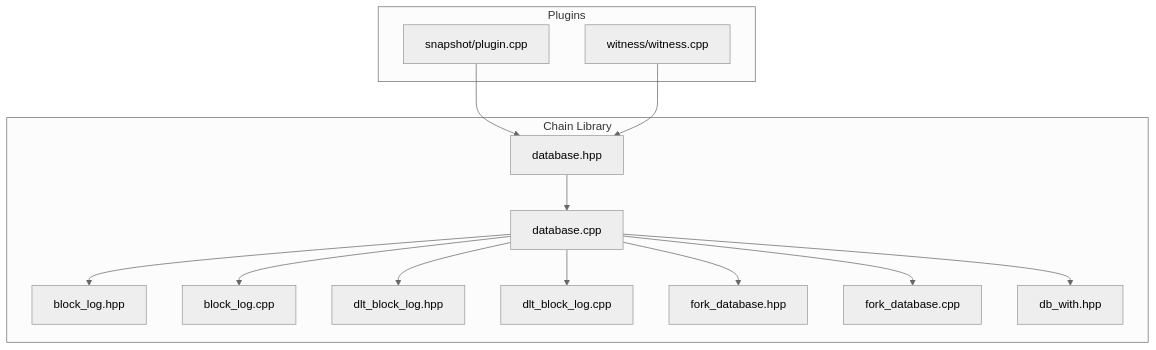
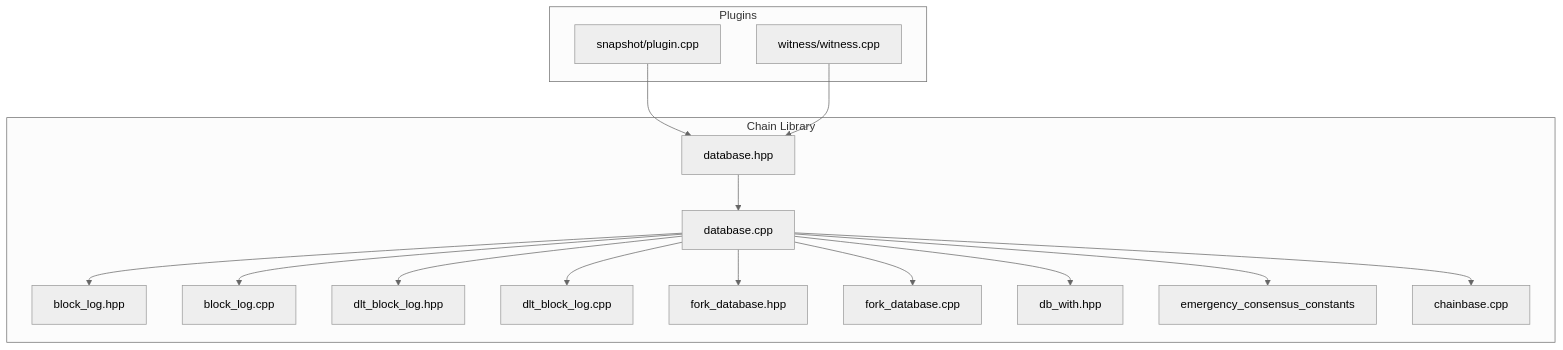
One commit to VIZ-Blockchain/viz-cpp-node changed the first of 21 diagrams in .qoder/repowiki/en/content/Architecture Overview/Core Libraries/Chain Library/Database Management/Database Management.md. Above: the diagram before and after it, drawn with Mermaid (neutral theme). The commit also changed other lines of this file and 7 other files, not shown here.

First line of the commit message:
feat(database): implement emergency consensus and enhance memory management logging

````diff
--- a/.qoder/repowiki/en/content/Architecture Overview/Core Libraries/Chain Library/Database Management/Database Management.md
+++ b/.qoder/repowiki/en/content/Architecture Overview/Core Libraries/Chain Library/Database Management/Database Management.md
@@ -50,28 +57,32 @@
 ```mermaid
 graph TB
 subgraph "Chain Library"
 DBH["database.hpp"]
 DBCPP["database.cpp"]
 BLH["block_log.hpp"]
 BLCPP["block_log.cpp"]
 DLTH["dlt_block_log.hpp"]
 DLTCPP["dlt_block_log.cpp"]
 FDH["fork_database.hpp"]
 FDCPP["fork_database.cpp"]
 DBWH["db_with.hpp"]
+ENDH["emergency_consensus_constants"]
+CB["chainbase.cpp"]
 end
 subgraph "Plugins"
 SNAPH["snapshot/plugin.cpp"]
 WITNESS["witness/witness.cpp"]
 end
 DBH --> DBCPP
 DBCPP --> BLH
 DBCPP --> BLCPP
 DBCPP --> DLTH
 DBCPP --> DLTCPP
 DBCPP --> FDH
 DBCPP --> FDCPP
 DBCPP --> DBWH
+DBCPP --> ENDH
+DBCPP --> CB
 SNAPH --> DBH
 WITNESS --> DBH
 ```
````
